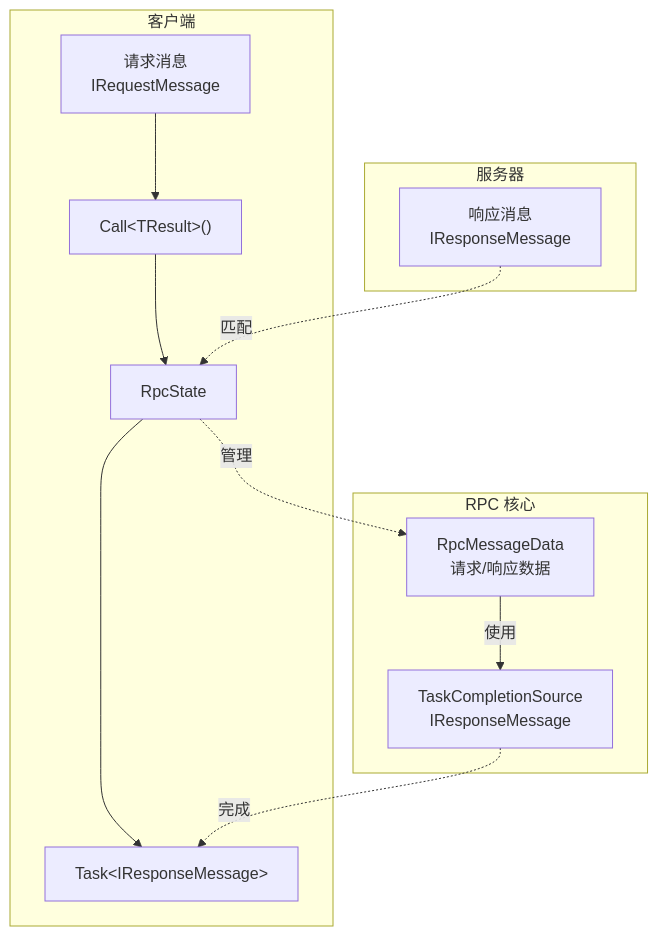
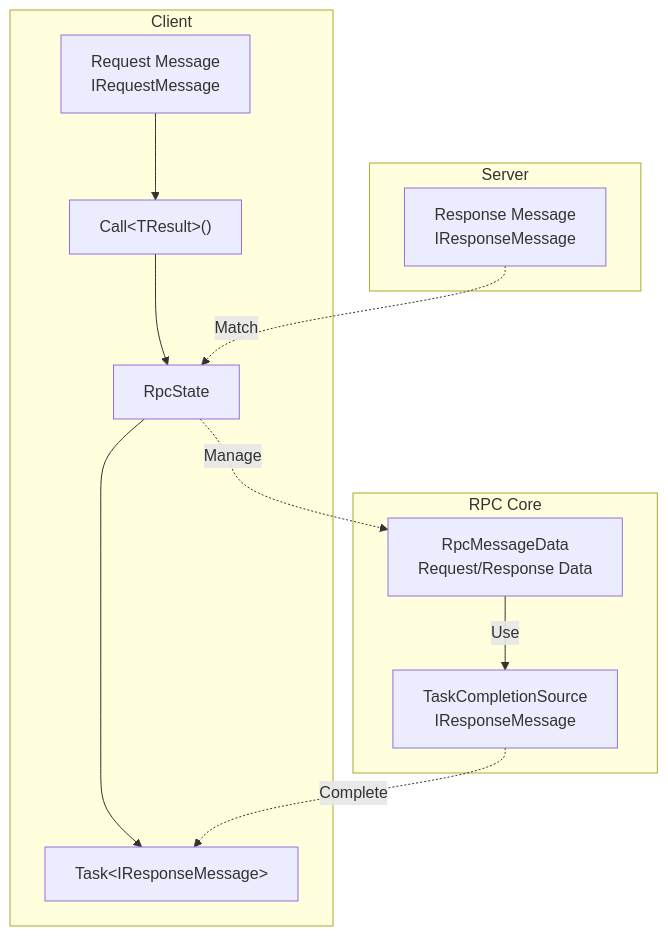
The first of 3 diagrams in docs/en/client/unity/component/network/11.rpc.md (AlianBlank/GameFrameX.Docs), drawn with Mermaid before and after one commit. The commit also changed other lines of this file and 242 other files, not shown here.

````diff
--- a/docs/en/client/unity/component/network/11.rpc.md
+++ b/docs/en/client/unity/component/network/11.rpc.md
@@ -29,24 +29,24 @@
 ```mermaid
 flowchart TD
-    subgraph Client["客户端"]
-        Request["请求消息<br/>IRequestMessage"]
+    subgraph Client["Client"]
+        Request["Request Message<br/>IRequestMessage"]
         Call["Call&lt;TResult&gt;()"]
         RpcState["RpcState"]
         Task["Task&lt;IResponseMessage&gt;"]
     end
 
-    subgraph Core["RPC 核心"]
-        RpcState -.->|管理| RpcMessageData["RpcMessageData<br/>请求/响应数据"]
-        RpcMessageData -->|使用| TCS["TaskCompletionSource<br/>IResponseMessage"]
+    subgraph Core["RPC Core"]
+        RpcState -.->|Manage| RpcMessageData["RpcMessageData<br/>Request/Response Data"]
+        RpcMessageData -->|Use| TCS["TaskCompletionSource<br/>IResponseMessage"]
     end
 
-    subgraph Server["服务器"]
-        Response["响应消息<br/>IResponseMessage"]
+    subgraph Server["Server"]
+        Response["Response Message<br/>IResponseMessage"]
     end
 
     Request --> Call
     Call --> RpcState
     RpcState --> Task
-    Response -.->|匹配| RpcState
-    TCS -.->|完成| Task
+    Response -.->|Match| RpcState
+    TCS -.->|Complete| Task
 ```
````
